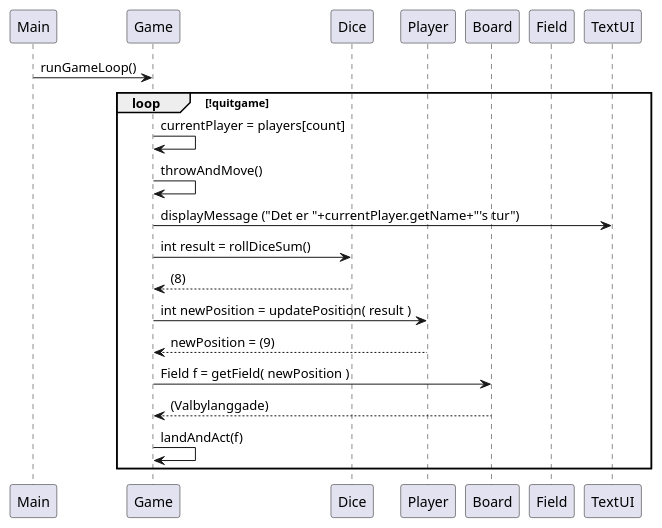
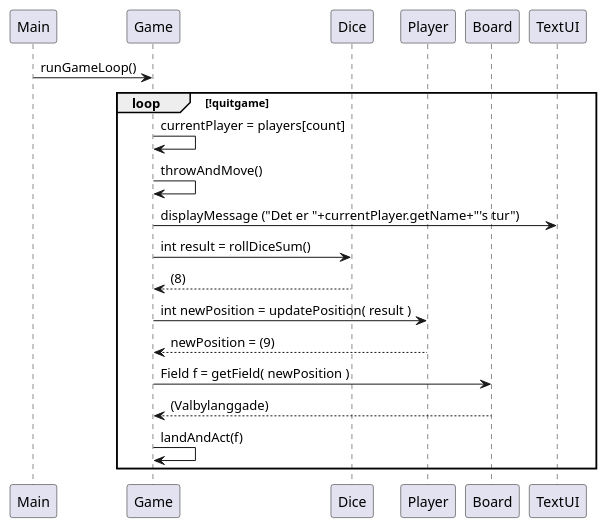
One commit to Dat1Cphbusiness/MonopolyE24 changed the diagram in doc/Plan/dynamic/sequence_uc3_throwAndMove.puml. Above: the diagram before and after it, drawn with PlantUML. The commit also changed 1 other file, not shown here.

```diff
--- a/doc/Plan/dynamic/sequence_uc3_throwAndMove.puml
+++ b/doc/Plan/dynamic/sequence_uc3_throwAndMove.puml
@@ -1,24 +1,23 @@
 @startuml
 
 participant Main as main
 participant Game as game
 participant Dice as dice
 participant Player as player
 participant Board as board
-participant Field as field
 main -> game : runGameLoop()
 loop !quitgame
 game -> game : currentPlayer = players[count]
 game -> game : throwAndMove()
 
 
 game -> TextUI : displayMessage ("Det er "+currentPlayer.getName+"'s tur")
 game -> dice : int result = rollDiceSum()
 dice --> game : (8)
 game -> player: int newPosition = updatePosition( result )
 player --> game : newPosition = (9)
 game -> board : Field f = getField( newPosition )
 board --> game : (Valbylanggade)
 game -> game : landAndAct(f)
 end
 @enduml
```
